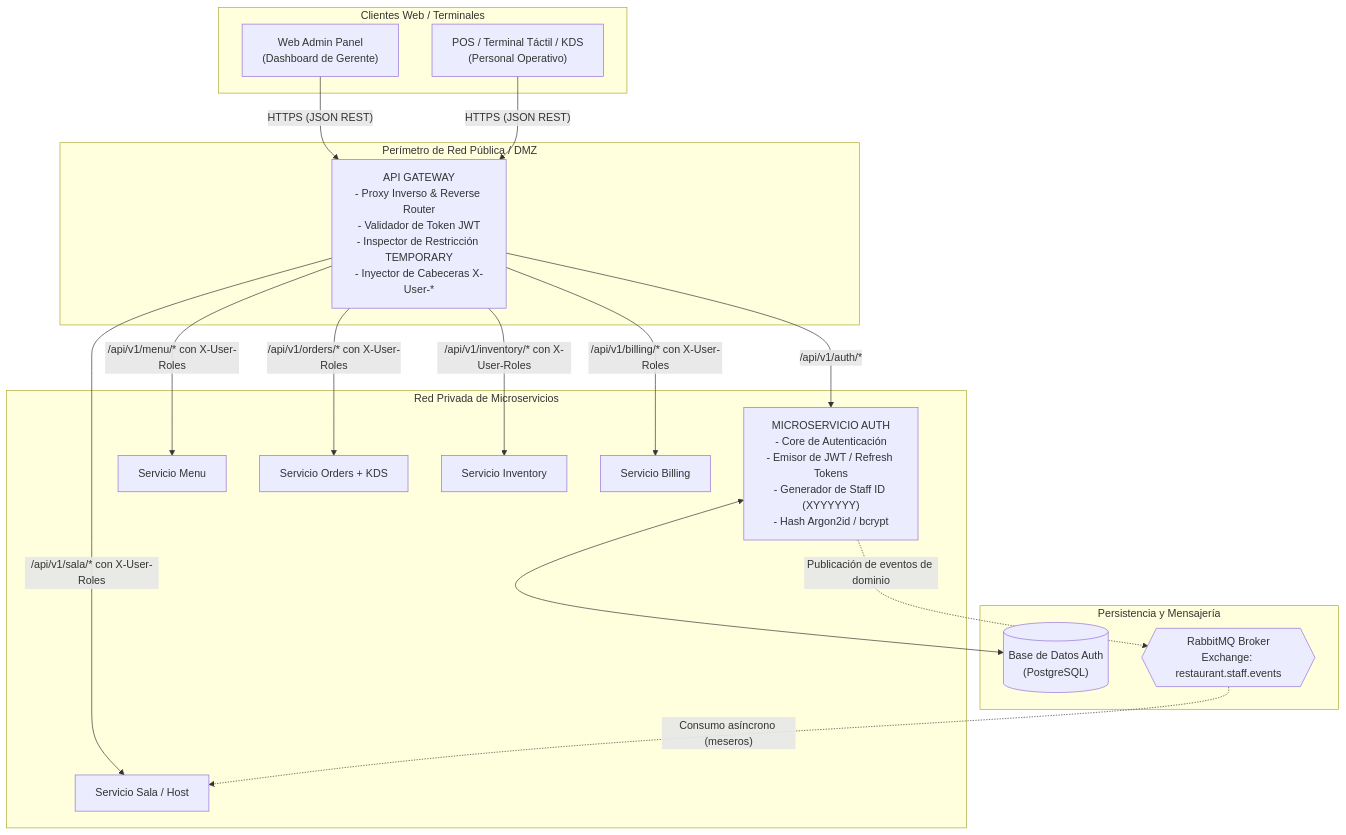
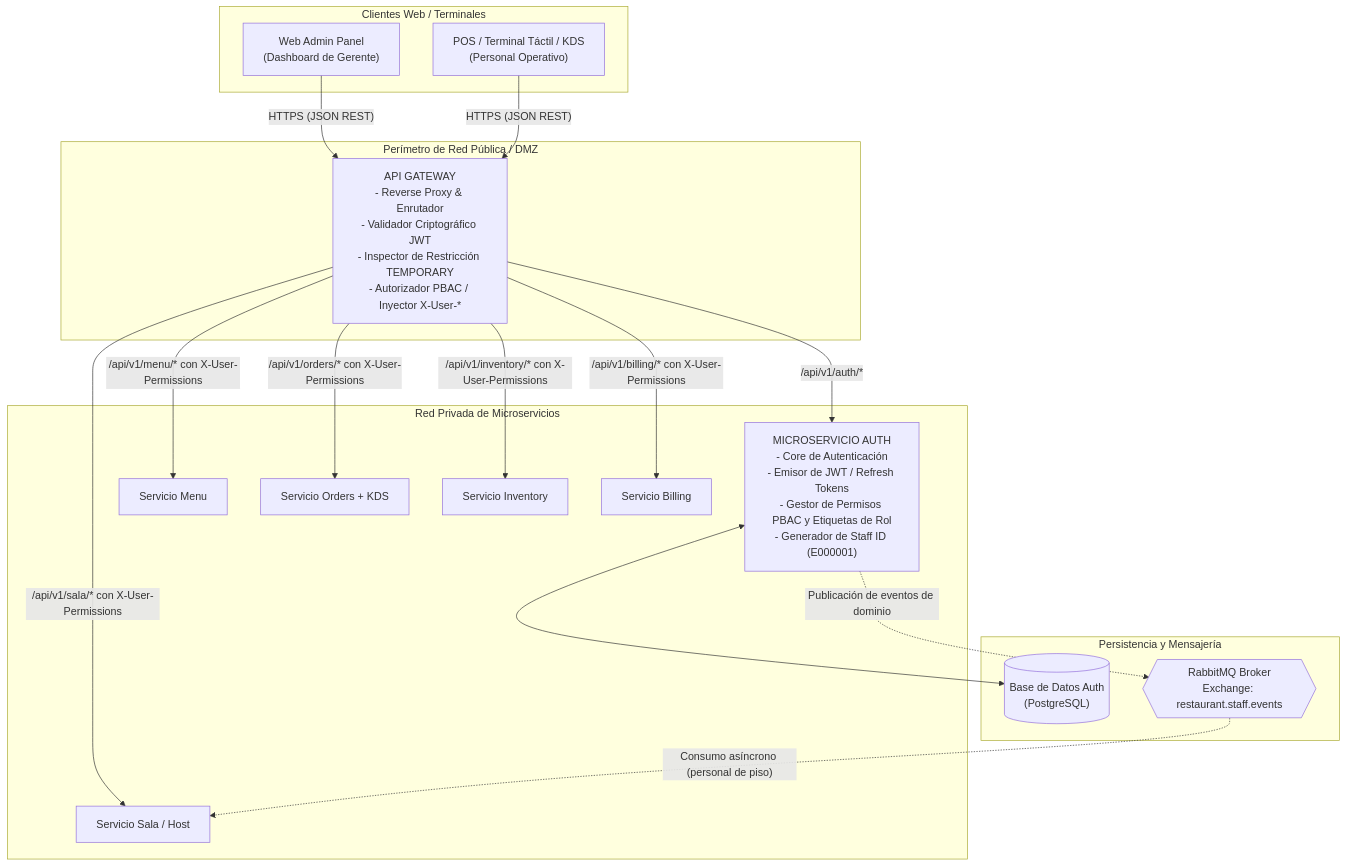
Before and after one commit to FMAT-Restaurant/Auth-Documentation: the first of 3 diagrams in output/ers/architecture.md, drawn with Mermaid. The commit also changed other lines of this file and 9 other files, not shown here.

Commit message:
docs(ers): update ERS specifications with dynamic roles PBAC and team split

````diff
--- a/output/ers/architecture.md
+++ b/output/ers/architecture.md
@@ -7,39 +7,39 @@
 ```mermaid
 flowchart TD
     subgraph Clientes["Clientes Web / Terminales"]
         AdminApp["Web Admin Panel<br/>(Dashboard de Gerente)"]
         StaffApp["POS / Terminal Táctil / KDS<br/>(Personal Operativo)"]
     end
 
     subgraph PerimetroSeguridad["Perímetro de Red Pública / DMZ"]
-        Gateway["API GATEWAY<br/>- Proxy Inverso & Reverse Router<br/>- Validador de Token JWT<br/>- Inspector de Restricción TEMPORARY<br/>- Inyector de Cabeceras X-User-*"]
+        Gateway["API GATEWAY<br/>- Reverse Proxy & Enrutador<br/>- Validador Criptográfico JWT<br/>- Inspector de Restricción TEMPORARY<br/>- Autorizador PBAC / Inyector X-User-*"]
     end
 
     subgraph RedInterna["Red Privada de Microservicios"]
-        AuthMS["MICROSERVICIO AUTH<br/>- Core de Autenticación<br/>- Emisor de JWT / Refresh Tokens<br/>- Generador de Staff ID (XYYYYYY)<br/>- Hash Argon2id / bcrypt"]
+        AuthMS["MICROSERVICIO AUTH<br/>- Core de Autenticación<br/>- Emisor de JWT / Refresh Tokens<br/>- Gestor de Permisos PBAC y Etiquetas de Rol<br/>- Generador de Staff ID (E000001)"]
         MenuMS["Servicio Menu"]
         OrdersMS["Servicio Orders + KDS"]
         SalaMS["Servicio Sala / Host"]
         InventoryMS["Servicio Inventory"]
         BillingMS["Servicio Billing"]
     end
 
     subgraph Infraestructura["Persistencia y Mensajería"]
         AuthDB[("Base de Datos Auth<br/>(PostgreSQL)")]
         RabbitMQ{{"RabbitMQ Broker<br/>Exchange: restaurant.staff.events"}}
     end
 
     AdminApp -->|"HTTPS (JSON REST)"| Gateway
     StaffApp -->|"HTTPS (JSON REST)"| Gateway
 
     Gateway -->|"/api/v1/auth/*"| AuthMS
-    Gateway -->|"/api/v1/menu/* con X-User-Roles"| MenuMS
-    Gateway -->|"/api/v1/orders/* con X-User-Roles"| OrdersMS
-    Gateway -->|"/api/v1/sala/* con X-User-Roles"| SalaMS
-    Gateway -->|"/api/v1/inventory/* con X-User-Roles"| InventoryMS
-    Gateway -->|"/api/v1/billing/* con X-User-Roles"| BillingMS
+    Gateway -->|"/api/v1/menu/* con X-User-Permissions"| MenuMS
+    Gateway -->|"/api/v1/orders/* con X-User-Permissions"| OrdersMS
+    Gateway -->|"/api/v1/sala/* con X-User-Permissions"| SalaMS
+    Gateway -->|"/api/v1/inventory/* con X-User-Permissions"| InventoryMS
+    Gateway -->|"/api/v1/billing/* con X-User-Permissions"| BillingMS
 
     AuthMS <--> AuthDB
     AuthMS -.->|"Publicación de eventos de dominio"| RabbitMQ
-    RabbitMQ -.->|"Consumo asíncrono (meseros)"| SalaMS
+    RabbitMQ -.->|"Consumo asíncrono (personal de piso)"| SalaMS
 ```
````
